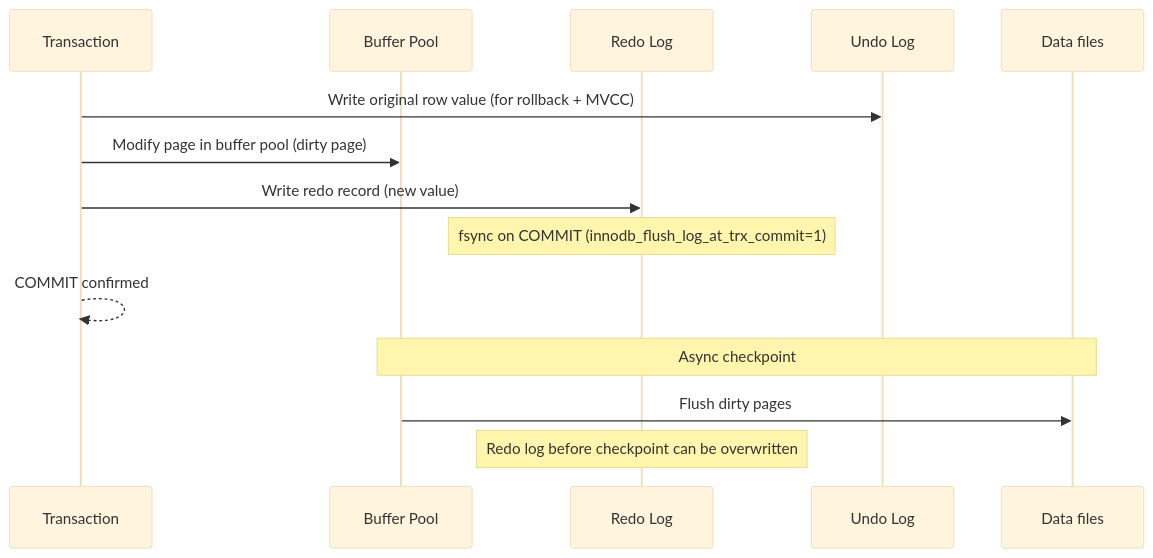
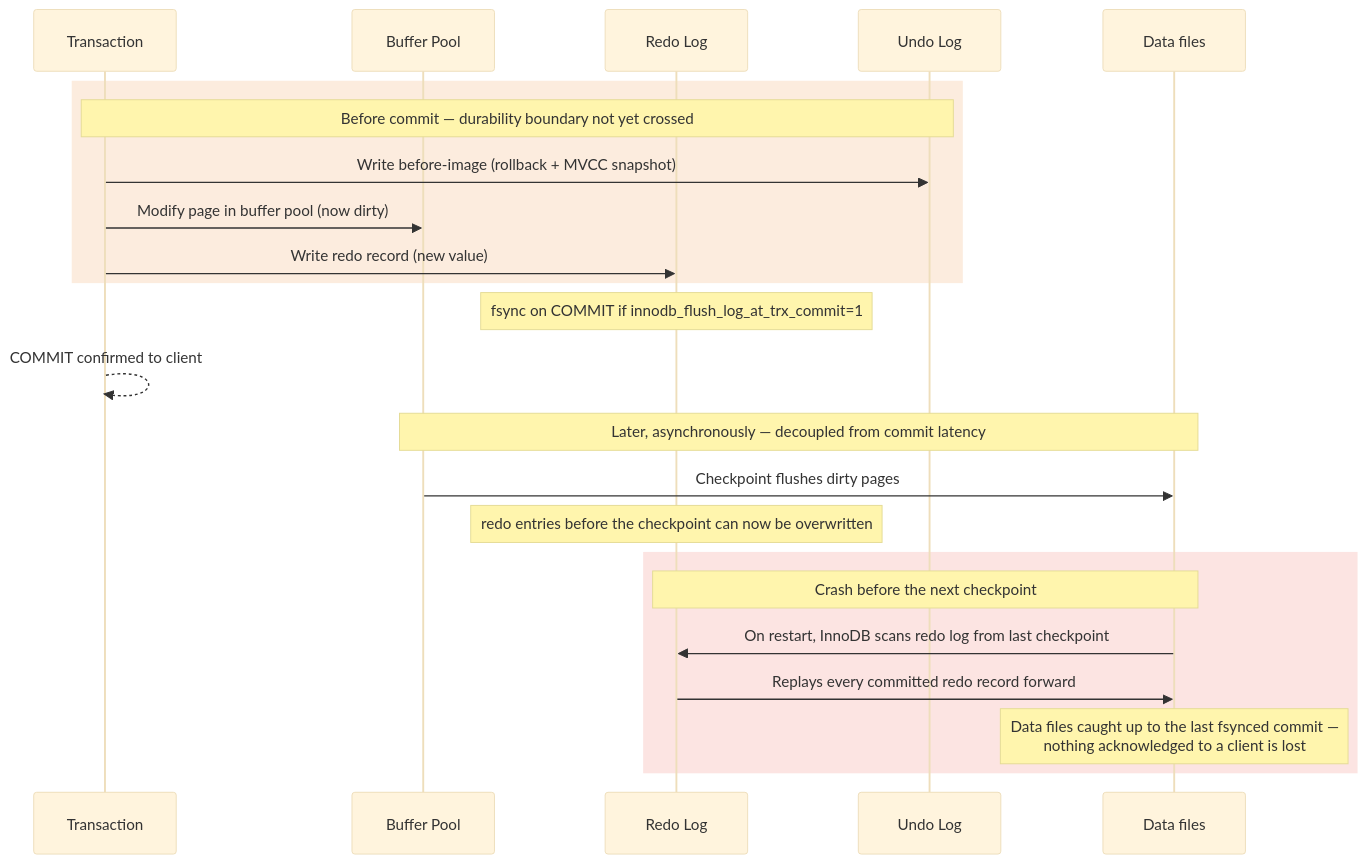
The second of 7 diagrams in databases/mysql-internals.md (deepanshu-rawat6/DevOpsIndex), drawn with Mermaid (base theme) before and after one commit. The commit also changed other lines of this file and 7 other files, not shown here.

````diff
--- a/databases/mysql-internals.md
+++ b/databases/mysql-internals.md
@@ -25,18 +52,28 @@
 ```mermaid
 sequenceDiagram
     participant TX2 as Transaction
     participant BP3 as Buffer Pool
     participant REDO2 as Redo Log
     participant UNDO2 as Undo Log
     participant DISK2 as Data files
 
-    TX2->>UNDO2: Write original row value (for rollback + MVCC)
-    TX2->>BP3: Modify page in buffer pool (dirty page)
+    rect rgba(230, 126, 34, 0.15)
+    Note over TX2,UNDO2: Before commit — durability boundary not yet crossed
+    TX2->>UNDO2: Write before-image (rollback + MVCC snapshot)
+    TX2->>BP3: Modify page in buffer pool (now dirty)
     TX2->>REDO2: Write redo record (new value)
-    Note over REDO2: fsync on COMMIT (innodb_flush_log_at_trx_commit=1)
-    TX2-->>TX2: COMMIT confirmed
+    end
+    Note over REDO2: fsync on COMMIT if innodb_flush_log_at_trx_commit=1
+    TX2-->>TX2: COMMIT confirmed to client
 
-    Note over BP3,DISK2: Async checkpoint
-    BP3->>DISK2: Flush dirty pages
-    Note over REDO2: Redo log before checkpoint can be overwritten
+    Note over BP3,DISK2: Later, asynchronously — decoupled from commit latency
+    BP3->>DISK2: Checkpoint flushes dirty pages
+    Note over REDO2: redo entries before the checkpoint can now be overwritten
+
+    rect rgba(231, 76, 60, 0.15)
+    Note over DISK2,REDO2: Crash before the next checkpoint
+    DISK2->>REDO2: On restart, InnoDB scans redo log from last checkpoint
+    REDO2->>DISK2: Replays every committed redo record forward
+    Note over DISK2: Data files caught up to the last fsynced commit —<br/>nothing acknowledged to a client is lost
+    end
 ```
````
